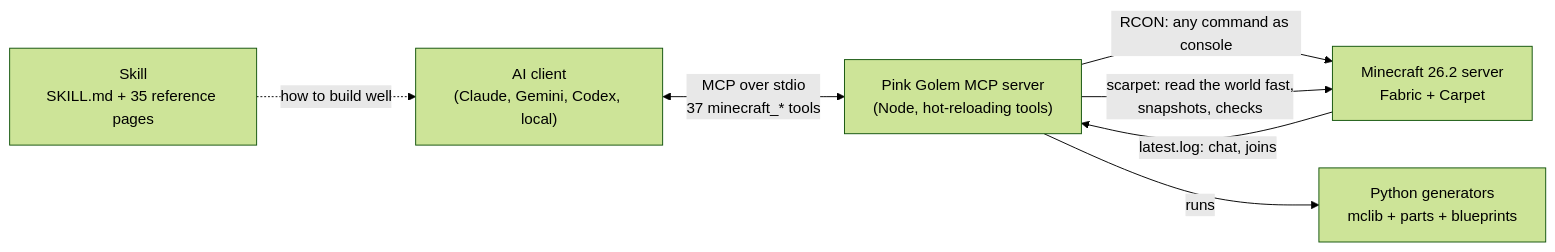
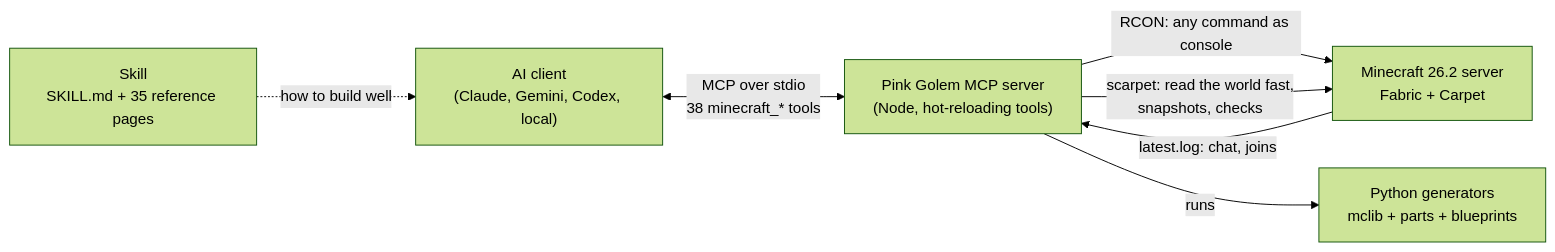
The diagram in README.md (sagistiki/pink-golem), drawn with Mermaid (forest theme) before and after one commit. The commit also changed other lines of this file and 34 other files, not shown here.

````diff
--- a/README.md
+++ b/README.md
@@ -121,9 +121,9 @@
 ```mermaid
 flowchart LR
-    AI["AI client<br/>(Claude, Gemini, Codex, local)"] <-- "MCP over stdio<br/>37 minecraft_* tools" --> MCP["Pink Golem MCP server<br/>(Node, hot-reloading tools)"]
+    AI["AI client<br/>(Claude, Gemini, Codex, local)"] <-- "MCP over stdio<br/>38 minecraft_* tools" --> MCP["Pink Golem MCP server<br/>(Node, hot-reloading tools)"]
     MCP -- "RCON: any command as console" --> MC["Minecraft 26.2 server<br/>Fabric + Carpet"]
     MC -- "latest.log: chat, joins" --> MCP
     MCP -- "scarpet: read the world fast,<br/>snapshots, checks" --> MC
     MCP -- "runs" --> GEN["Python generators<br/>mclib + parts + blueprints"]
     SKILL["Skill<br/>SKILL.md + 35 reference pages"] -. "how to build well" .-> AI
 ```
````
